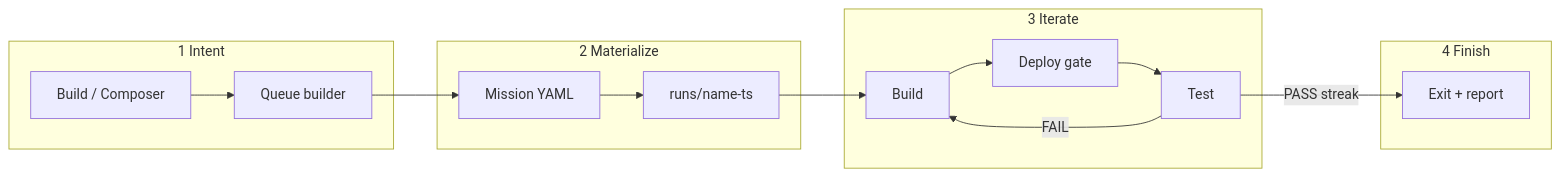
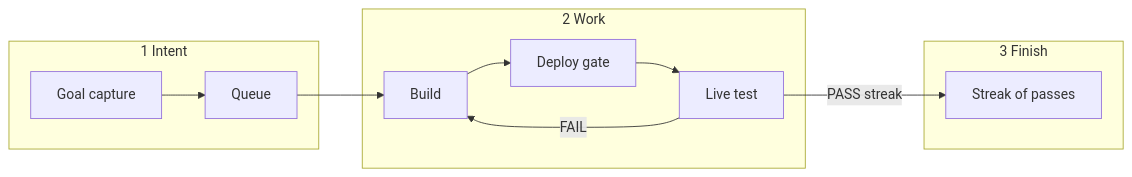
One commit to southu/vygo changed the second of 2 diagrams in apps/web/public/content/vibe-coding/ratchet-guide/architecture.md. Above: the diagram before and after it, drawn with Mermaid. The commit also changed other lines of this file and 42 other files, not shown here.

````diff
--- a/apps/web/public/content/vibe-coding/ratchet-guide/architecture.md
+++ b/apps/web/public/content/vibe-coding/ratchet-guide/architecture.md
@@ -62,22 +64,18 @@
 ```mermaid
 flowchart LR
   subgraph intent [1 Intent]
-    UI[Build / Composer]
-    QB[Queue builder]
+    UI[Goal capture]
+    Q[Queue]
   end
-  subgraph mat [2 Materialize]
-    MY[Mission YAML]
-    RD[runs/name-ts]
-  end
-  subgraph loop [3 Iterate]
+  subgraph work [2 Work]
     BL[Build]
     DG[Deploy gate]
-    TE[Test]
+    TE[Live test]
   end
-  subgraph done [4 Finish]
-    EX[Exit + report]
+  subgraph done [3 Finish]
+    EX[Streak of passes]
   end
-  UI --> QB --> MY --> RD --> BL --> DG --> TE
+  UI --> Q --> BL --> DG --> TE
   TE -->|FAIL| BL
   TE -->|PASS streak| EX
 ```
````
